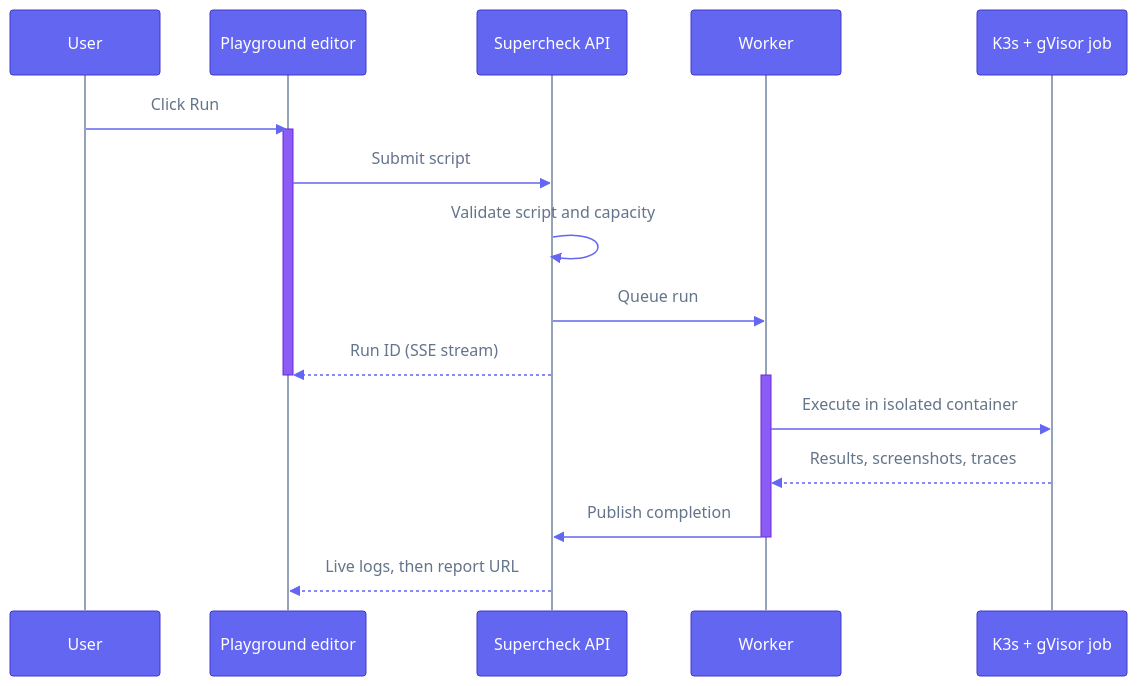
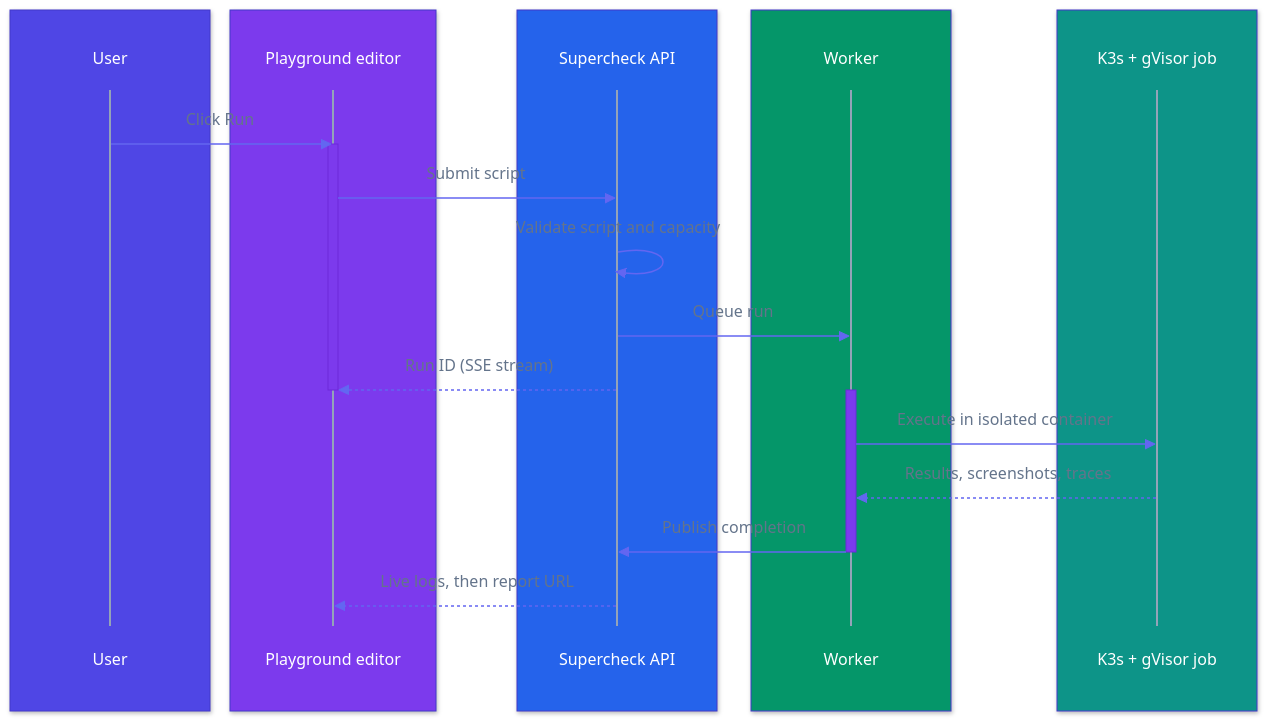
Before and after one commit to supercheck-io/supercheck: the diagram in docs/content/docs/app/automate/playground.mdx, drawn with Mermaid. The commit also changed 14 other files, not shown here.

First line of the commit message:
docs: reorganize architecture diagram and add color to sequence diagrams

````diff
--- a/docs/content/docs/app/automate/playground.mdx
+++ b/docs/content/docs/app/automate/playground.mdx
@@ -25,23 +25,33 @@
 ```mermaid
-%%{init: {"theme":"base","themeVariables":{"fontFamily":"ui-sans-serif, system-ui, -apple-system, Segoe UI, Roboto, sans-serif","primaryColor":"#6366f1","primaryTextColor":"#ffffff","primaryBorderColor":"#4338ca","lineColor":"#94a3b8","actorBkg":"#6366f1","actorBorder":"#4338ca","actorTextColor":"#ffffff","actorLineColor":"#94a3b8","signalColor":"#6366f1","signalTextColor":"#64748b","labelBoxBkgColor":"#f59e0b","labelBoxBorderColor":"#b45309","labelTextColor":"#ffffff","loopTextColor":"#64748b","activationBkgColor":"#8b5cf6","activationBorderColor":"#6d28d9","noteBkgColor":"#f59e0b","noteBorderColor":"#b45309","noteTextColor":"#ffffff","textColor":"#64748b","mainBkg":"#ffffff"}}}%%
+%%{init: {"theme":"base","themeVariables":{"fontFamily":"ui-sans-serif, system-ui, -apple-system, Segoe UI, Roboto, sans-serif","primaryColor":"#6366f1","primaryTextColor":"#ffffff","primaryBorderColor":"#4338ca","lineColor":"#94a3b8","actorBkg":"transparent","actorBorder":"transparent","actorTextColor":"#ffffff","actorLineColor":"#94a3b8","signalColor":"#6366f1","signalTextColor":"#64748b","labelBoxBkgColor":"#d97706","labelBoxBorderColor":"#b45309","labelTextColor":"#ffffff","loopTextColor":"#64748b","activationBkgColor":"#7c3aed","activationBorderColor":"#6d28d9","noteBkgColor":"#d97706","noteBorderColor":"#b45309","noteTextColor":"#ffffff","textColor":"#64748b","mainBkg":"#ffffff"}}}%%
 sequenceDiagram
-    participant User
-    participant Editor as Playground editor
-    participant API as Supercheck API
-    participant Worker
-    participant Sandbox as K3s + gVisor job
+    box rgb(79,70,229)
+        participant User
+    end
+    box rgb(124,58,237)
+        participant Editor as Playground editor
+    end
+    box rgb(37,99,235)
+        participant API as Supercheck API
+    end
+    box rgb(5,150,105)
+        participant Worker
+    end
+    box rgb(13,148,136)
+        participant Sandbox as K3s + gVisor job
+    end
 
     User->>Editor: Click Run
     activate Editor
     Editor->>API: Submit script
     API->>API: Validate script and capacity
     API->>Worker: Queue run
     API-->>Editor: Run ID (SSE stream)
     deactivate Editor
     activate Worker
     Worker->>Sandbox: Execute in isolated container
     Sandbox-->>Worker: Results, screenshots, traces
     Worker->>API: Publish completion
     deactivate Worker
     API-->>Editor: Live logs, then report URL
 ```
````
